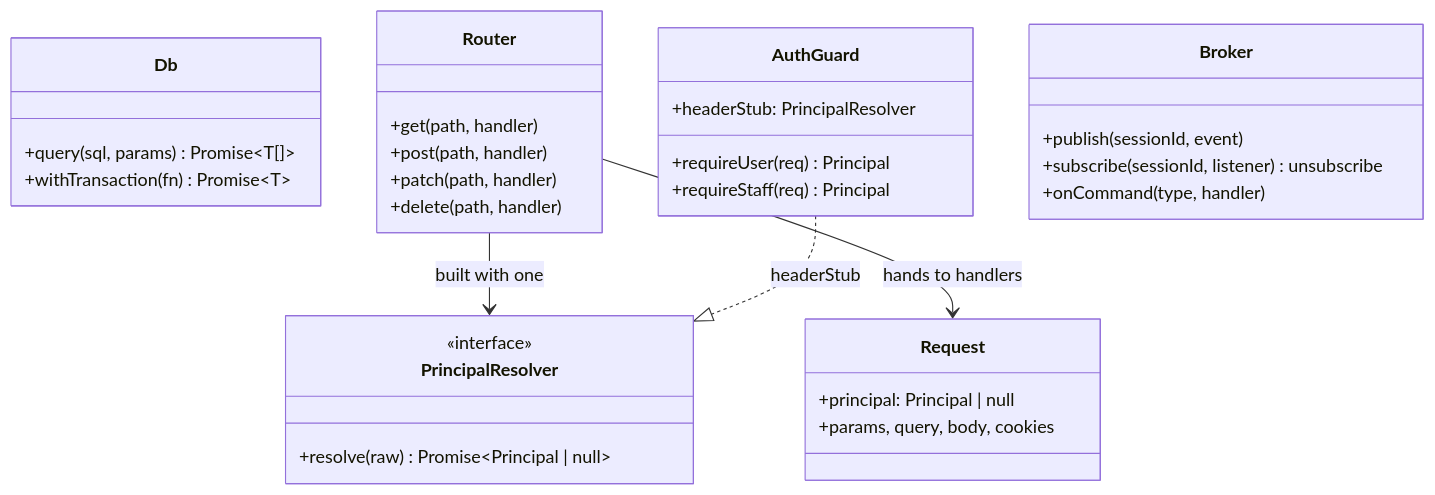
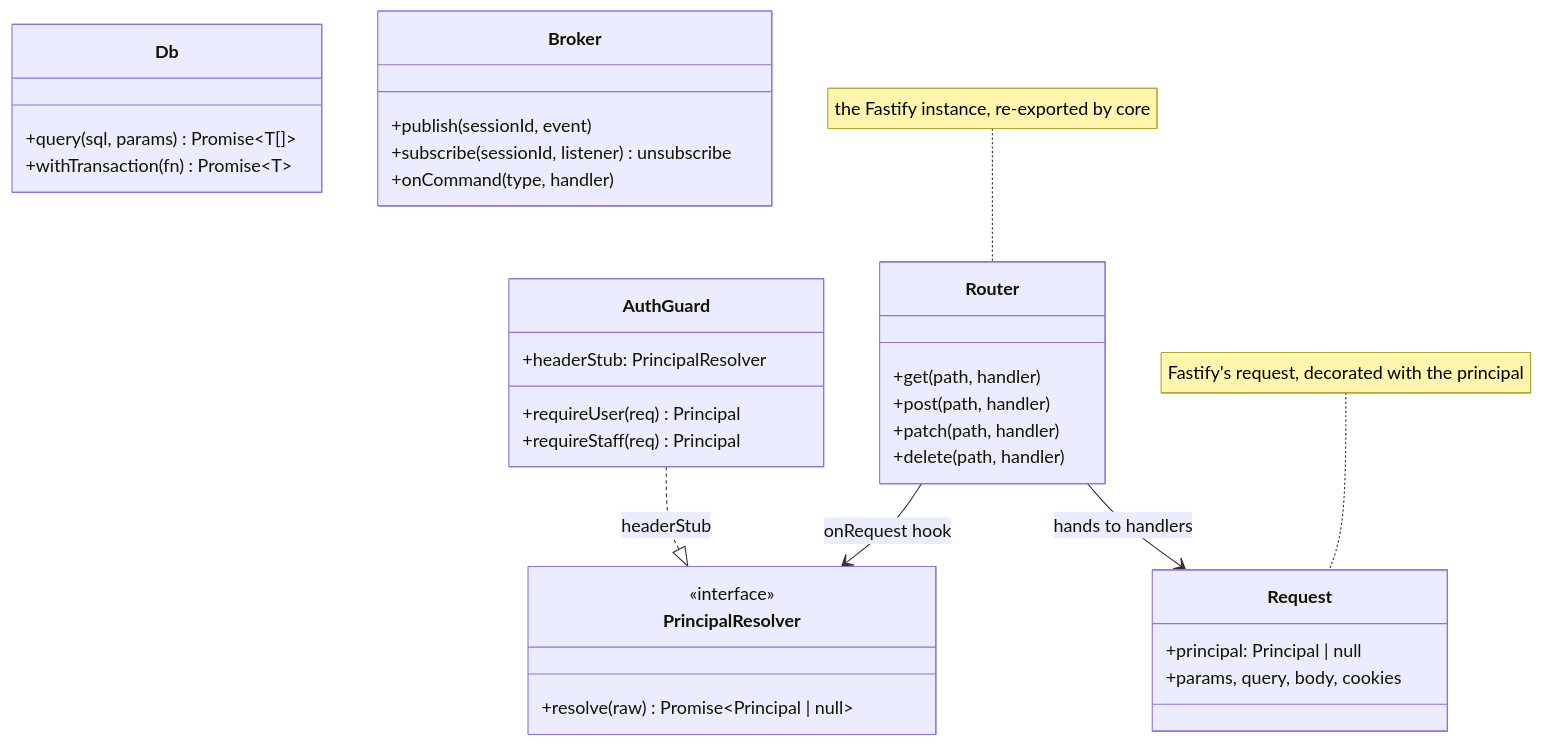
One commit to ziyangliu-666/lumen-next changed the sixth of 15 diagrams in docs/ARCHITECTURE.md. Above: the diagram before and after it, drawn with Mermaid. The commit also changed other lines of this file and 1 other file, not shown here.

First line of the commit message:
docs(core): use the libraries instead of rebuilding them

````diff
--- a/docs/ARCHITECTURE.md
+++ b/docs/ARCHITECTURE.md
@@ -259,34 +259,36 @@
 ```mermaid
 classDiagram
   class Db {
     +query(sql, params) Promise~T[]~
     +withTransaction(fn) Promise~T~
   }
   class Router {
     +get(path, handler)
     +post(path, handler)
     +patch(path, handler)
     +delete(path, handler)
   }
   class Request {
     +principal: Principal | null
     +params, query, body, cookies
   }
   class AuthGuard {
     +requireUser(req) Principal
     +requireStaff(req) Principal
     +headerStub: PrincipalResolver
   }
   class PrincipalResolver {
     <<interface>>
     +resolve(raw) Promise~Principal | null~
   }
   class Broker {
     +publish(sessionId, event)
     +subscribe(sessionId, listener) unsubscribe
     +onCommand(type, handler)
   }
-  Router --> PrincipalResolver : built with one
+  Router --> PrincipalResolver : onRequest hook
   Router --> Request : hands to handlers
   AuthGuard ..|> PrincipalResolver : headerStub
+  note for Router "the Fastify instance, re-exported by core"
+  note for Request "Fastify's request, decorated with the principal"
 ```
````
